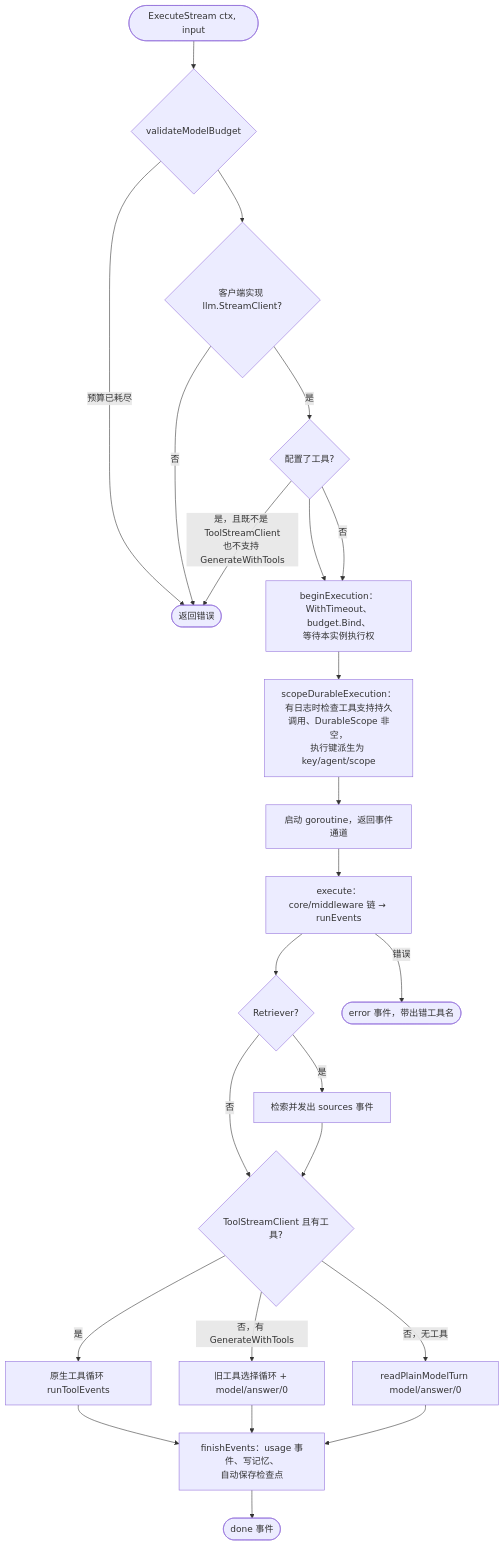
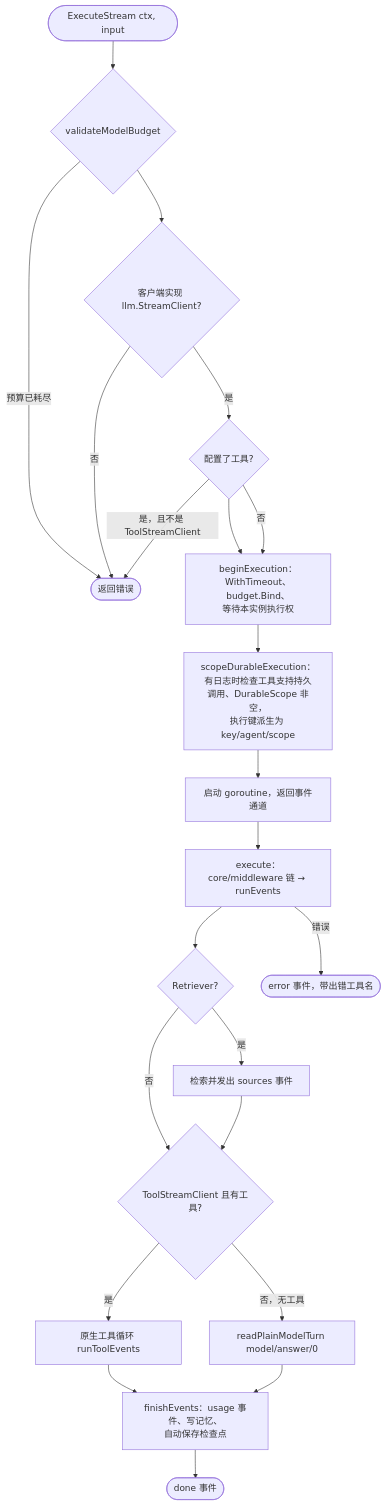
One commit to kart-io/goagent changed the first of 5 diagrams in docs/design/FLOW_DIAGRAMS.md. Above: the diagram before and after it, drawn with Mermaid. The commit also changed 99 other files, not shown here.

````diff
--- a/docs/design/FLOW_DIAGRAMS.md
+++ b/docs/design/FLOW_DIAGRAMS.md
@@ -9,26 +9,24 @@
 ```mermaid
 flowchart TB
     IN([ExecuteStream ctx, input]) --> BUDGET{validateModelBudget}
     BUDGET -->|预算已耗尽| ERR([返回错误])
     BUDGET --> SC{客户端实现 llm.StreamClient?}
     SC -->|否| ERR
     SC -->|是| TC{配置了工具?}
-    TC -->|是，且既不是 ToolStreamClient<br/>也不支持 GenerateWithTools| ERR
+    TC -->|是，且不是 ToolStreamClient| ERR
     TC --> GATE[beginExecution：WithTimeout、budget.Bind、<br/>等待本实例执行权]
     TC -->|否| GATE
     GATE --> DUR[scopeDurableExecution：<br/>有日志时检查工具支持持久调用、DurableScope 非空，<br/>执行键派生为 key/agent/scope]
     DUR --> GO[启动 goroutine，返回事件通道]
     GO --> CHAIN[execute：core/middleware 链 → runEvents]
     CHAIN --> RET{Retriever?}
     RET -->|是| SRC[检索并发出 sources 事件]
     RET -->|否| PATH
     SRC --> PATH{ToolStreamClient 且有工具?}
     PATH -->|是| LOOP[原生工具循环 runToolEvents]
-    PATH -->|否，有 GenerateWithTools| LEGACY[旧工具选择循环 + model/answer/0]
     PATH -->|否，无工具| PLAIN[readPlainModelTurn model/answer/0]
     LOOP --> FIN[finishEvents：usage 事件、写记忆、<br/>自动保存检查点]
-    LEGACY --> FIN
     PLAIN --> FIN
     FIN --> DONE([done 事件])
     CHAIN -->|错误| ERRE([error 事件，带出错工具名])
 ```
````
